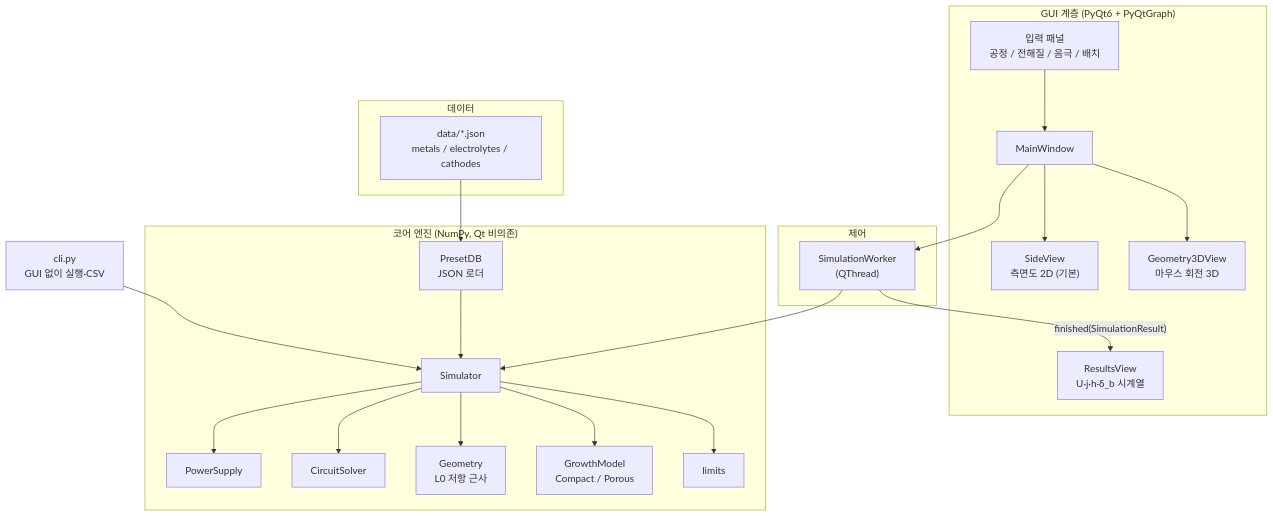
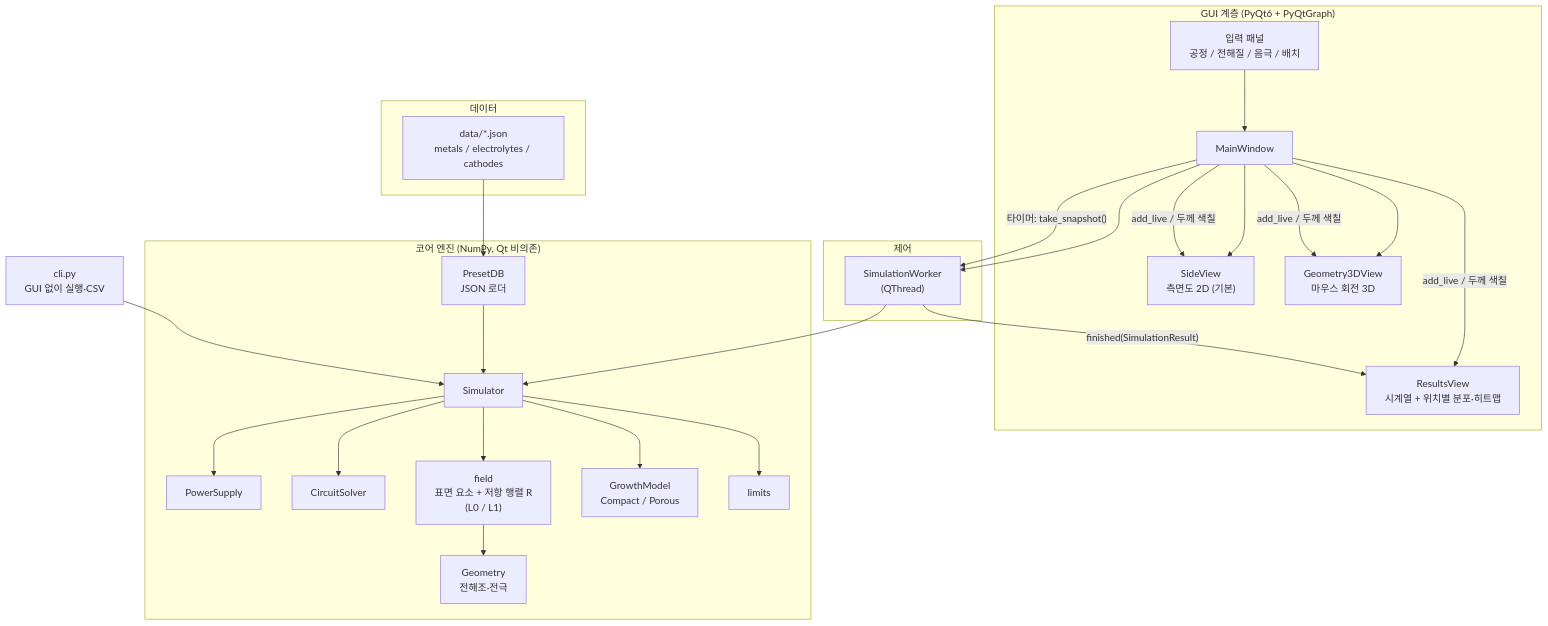
One commit to hyhSgithubbb/Anodizing_simulator changed the first of 2 diagrams in docs/DESIGN.md. Above: the diagram before and after it, drawn with Mermaid. The commit also changed other lines of this file and 26 other files, not shown here.

````diff
--- a/docs/DESIGN.md
+++ b/docs/DESIGN.md
@@ -447,35 +470,38 @@
 ```mermaid
 flowchart TB
     subgraph GUI["GUI 계층 (PyQt6 + PyQtGraph)"]
         MW[MainWindow]
         IP["입력 패널<br/>공정 / 전해질 / 음극 / 배치"]
         SV["SideView<br/>측면도 2D (기본)"]
         V3["Geometry3DView<br/>마우스 회전 3D"]
-        RV["ResultsView<br/>U·j·h·δ_b 시계열"]
+        RV["ResultsView<br/>시계열 + 위치별 분포·히트맵"]
     end
     subgraph CTRL["제어"]
         WK["SimulationWorker<br/>(QThread)"]
     end
     subgraph CORE["코어 엔진 (NumPy, Qt 비의존)"]
         SIM[Simulator]
         PS[PowerSupply]
         CIR[CircuitSolver]
-        GEO["Geometry<br/>L0 저항 근사"]
+        GEO["Geometry<br/>전해조·전극"]
+        FLD["field<br/>표면 요소 + 저항 행렬 R<br/>(L0 / L1)"]
         GM["GrowthModel<br/>Compact / Porous"]
         LIM[limits]
         PDB["PresetDB<br/>JSON 로더"]
     end
     subgraph DATA["데이터"]
         PR["data/*.json<br/>metals / electrolytes / cathodes"]
     end
     CLI["cli.py<br/>GUI 없이 실행·CSV"]
     IP --> MW
     MW --> SV & V3
     MW --> WK
     WK --> SIM
     SIM --> PS & CIR & GM & LIM
-    SIM --> GEO
+    SIM --> FLD --> GEO
+    MW -- "타이머: take_snapshot()" --> WK
+    MW -- "add_live / 두께 색칠" --> RV & SV & V3
     WK -- "finished(SimulationResult)" --> RV
     PR --> PDB --> SIM
     CLI --> SIM
 ```
````
